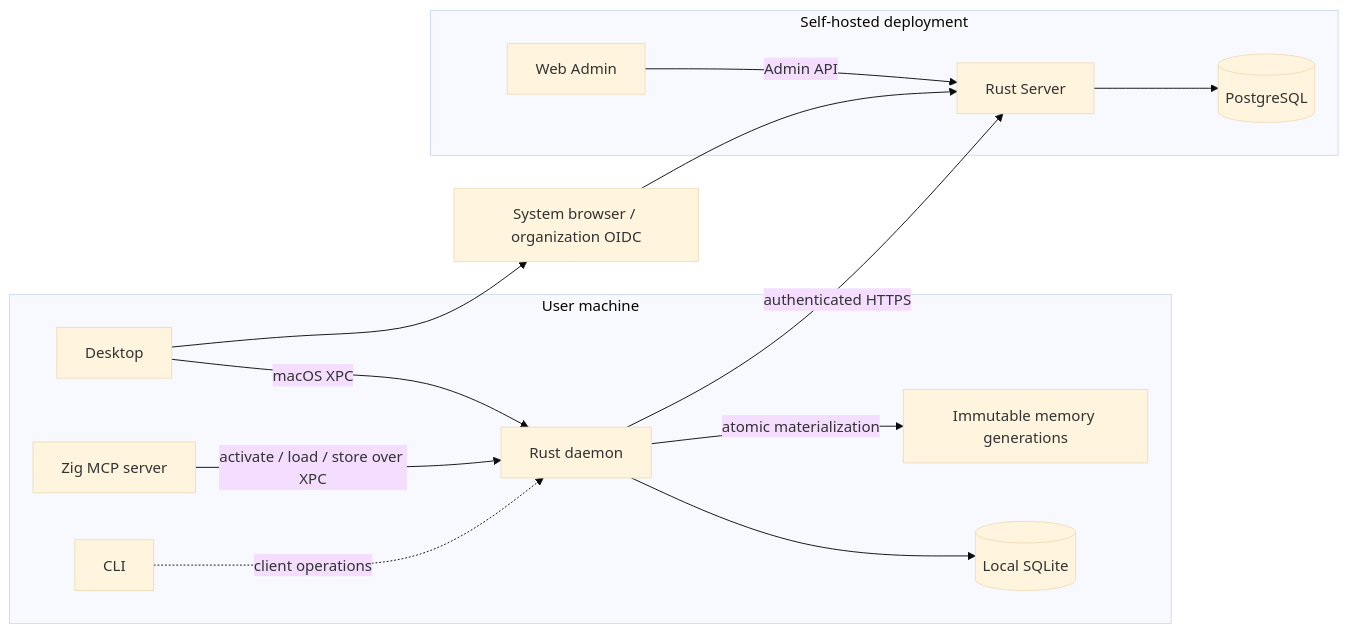
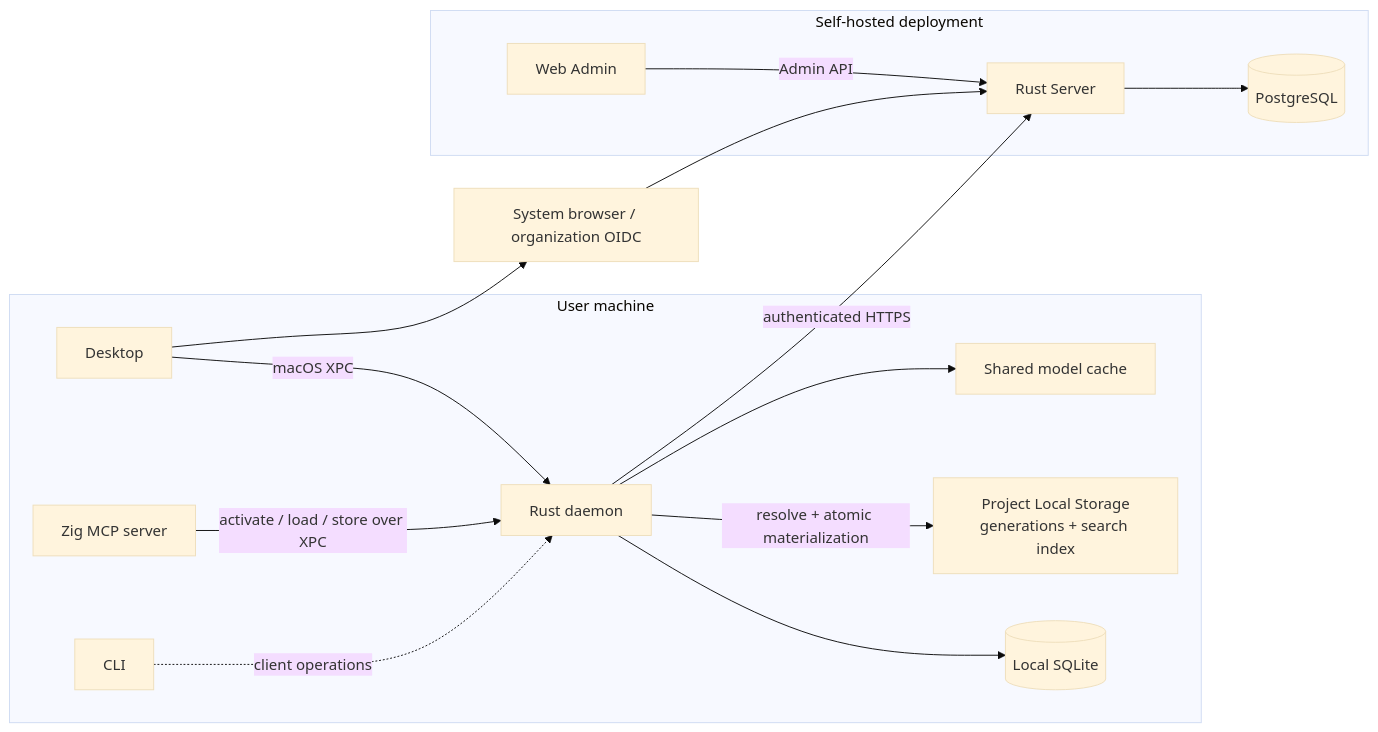
The first of 5 diagrams in docs/architecture.md (dylanwangeth/clumsies), drawn with Mermaid (base theme) before and after one commit. The commit also changed other lines of this file and 38 other files, not shown here.

First line of the commit message:
memory: add project storage and retrieval evaluation

````diff
--- a/docs/architecture.md
+++ b/docs/architecture.md
@@ -5,30 +5,32 @@
 ```mermaid
 flowchart LR
     subgraph Machine["User machine"]
         Desktop["Desktop"]
         MCP["Zig MCP server"]
         CLI["CLI"]
         Daemon["Rust daemon"]
         LocalDB[("Local SQLite")]
-        Files["Immutable memory generations"]
+        ProjectStorage["Project Local Storage<br/>generations + search index"]
+        Models["Shared model cache"]
     end
 
     subgraph Deployment["Self-hosted deployment"]
         Server["Rust Server"]
         Postgres[("PostgreSQL")]
         Admin["Web Admin"]
     end
 
     Browser["System browser / organization OIDC"]
 
     Desktop -->|"macOS XPC"| Daemon
     MCP -->|"activate / load / store over XPC"| Daemon
     CLI -.->|"client operations"| Daemon
     Daemon --> LocalDB
-    Daemon -->|"atomic materialization"| Files
+    Daemon -->|"resolve + atomic materialization"| ProjectStorage
+    Daemon --> Models
     Daemon -->|"authenticated HTTPS"| Server
     Desktop --> Browser
     Browser --> Server
     Server --> Postgres
     Admin -->|"Admin API"| Server
 ```
````
